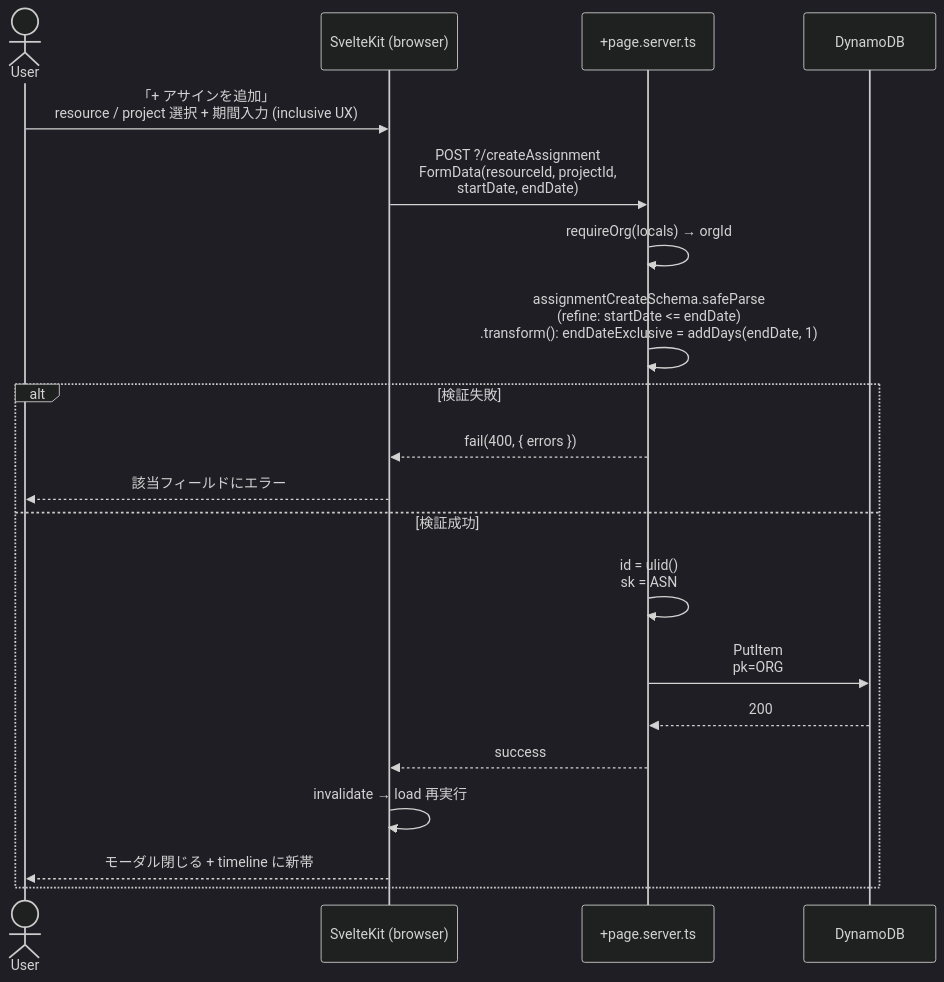
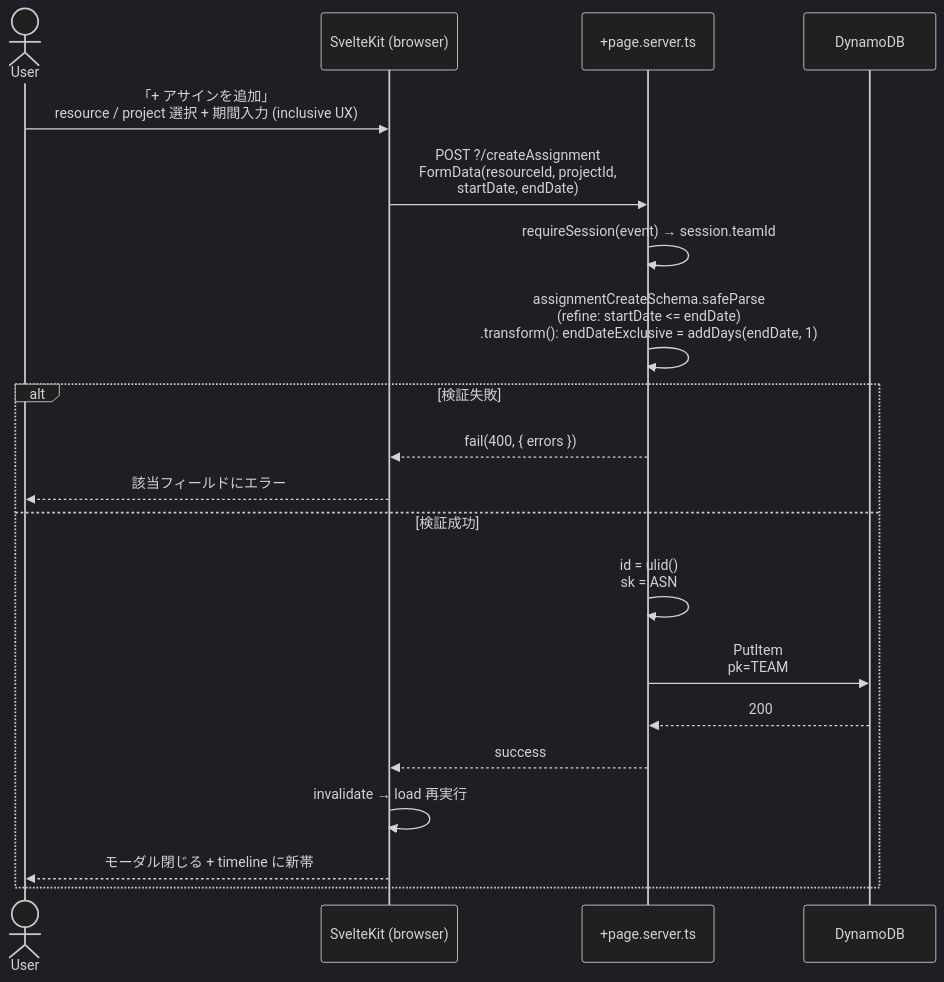
The fourth of 8 diagrams in docs/use-cases.md (tommykey-apps/resource-planner), drawn with Mermaid (dark theme) before and after one commit. The commit also changed other lines of this file and 25 other files, not shown here.

````diff
--- a/docs/use-cases.md
+++ b/docs/use-cases.md
@@ -219,24 +219,24 @@
 ```mermaid
 sequenceDiagram
     actor User
     participant SK as SvelteKit (browser)
     participant Server as +page.server.ts
     participant DDB as DynamoDB
 
     User->>SK: 「+ アサインを追加」<br/>resource / project 選択 + 期間入力 (inclusive UX)
     SK->>Server: POST ?/createAssignment<br/>FormData(resourceId, projectId,<br/>startDate, endDate)
 
-    Server->>Server: requireOrg(locals) → orgId
+    Server->>Server: requireSession(event) → session.teamId
     Server->>Server: assignmentCreateSchema.safeParse<br/>(refine: startDate <= endDate)<br/>.transform(): endDateExclusive = addDays(endDate, 1)
     alt 検証失敗
         Server-->>SK: fail(400, { errors })
         SK-->>User: 該当フィールドにエラー
     else 検証成功
         Server->>Server: id = ulid()<br/>sk = ASN#{startDate}#{id}
-        Server->>DDB: PutItem<br/>pk=ORG#{orgId}, sk=ASN#...,<br/>{ id, resourceId, projectId,<br/>startDate, endDateExclusive }<br/>ConditionExpression: attribute_not_exists(sk)
+        Server->>DDB: PutItem<br/>pk=TEAM#{teamId}, sk=ASN#...,<br/>{ id, resourceId, projectId,<br/>startDate, endDateExclusive }<br/>ConditionExpression: attribute_not_exists(sk)
         DDB-->>Server: 200
         Server-->>SK: success
         SK->>SK: invalidate → load 再実行
         SK-->>User: モーダル閉じる + timeline に新帯
     end
 ```
````
